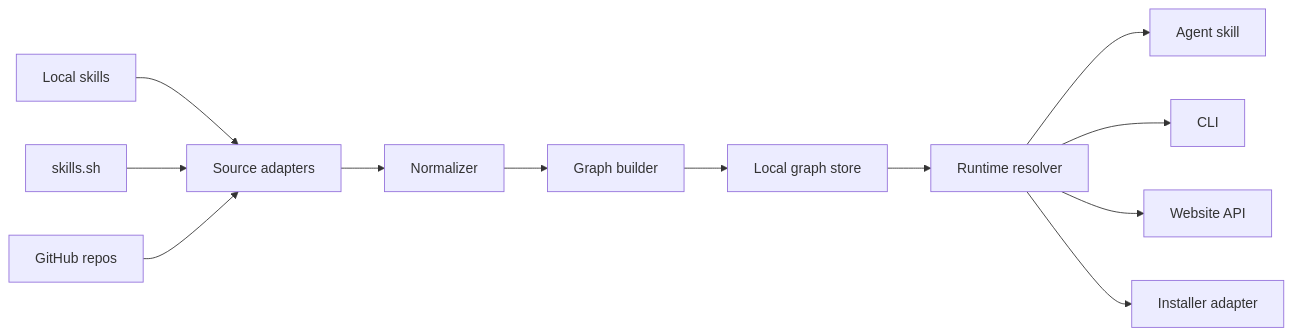
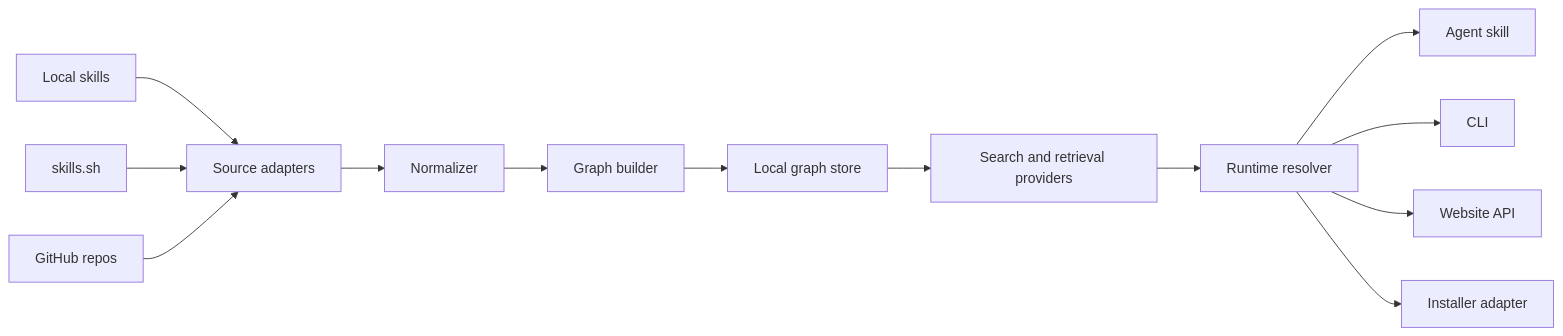
One commit to bryanwhl/SkillGraph changed the first of 3 diagrams in docs/architecture.md. Above: the diagram before and after it, drawn with Mermaid. The commit also changed other lines of this file and 3 other files, not shown here.

````diff
--- a/docs/architecture.md
+++ b/docs/architecture.md
@@ -7,14 +7,15 @@
 ```mermaid
 flowchart LR
   A["Local skills"] --> B["Source adapters"]
   C["skills.sh"] --> B
   D["GitHub repos"] --> B
   B --> E["Normalizer"]
   E --> F["Graph builder"]
   F --> G["Local graph store"]
-  G --> H["Runtime resolver"]
-  H --> I["Agent skill"]
-  H --> J["CLI"]
-  H --> K["Website API"]
-  H --> L["Installer adapter"]
+  G --> H["Search and retrieval providers"]
+  H --> I["Runtime resolver"]
+  I --> J["Agent skill"]
+  I --> K["CLI"]
+  I --> L["Website API"]
+  I --> M["Installer adapter"]
 ```
````
